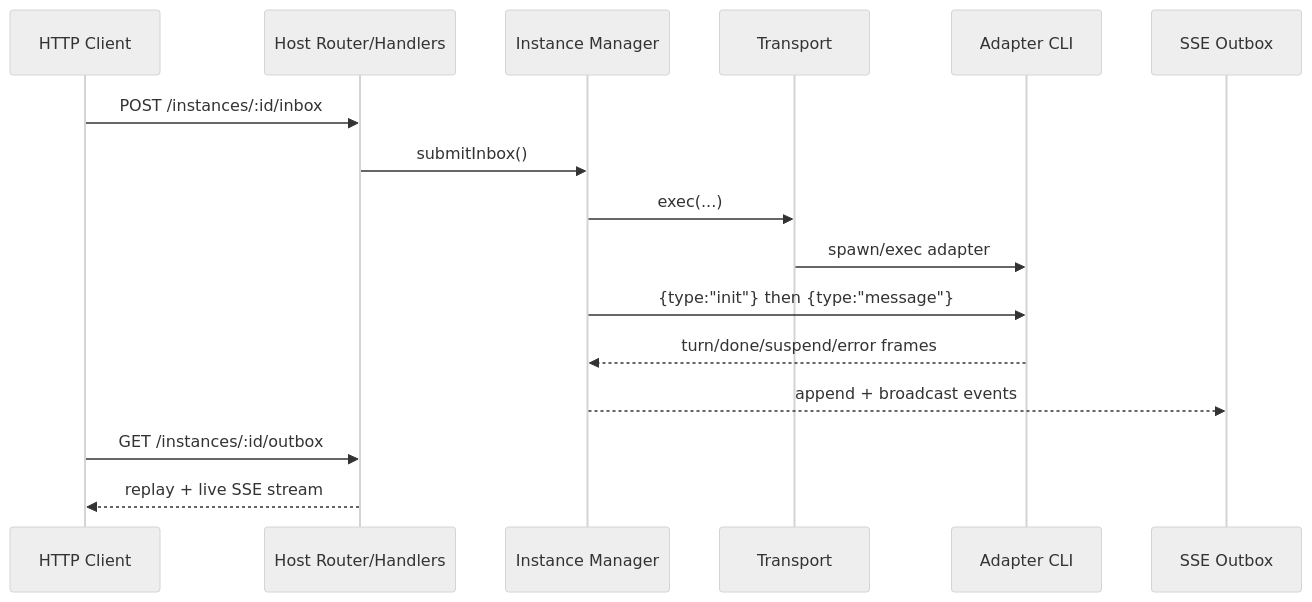
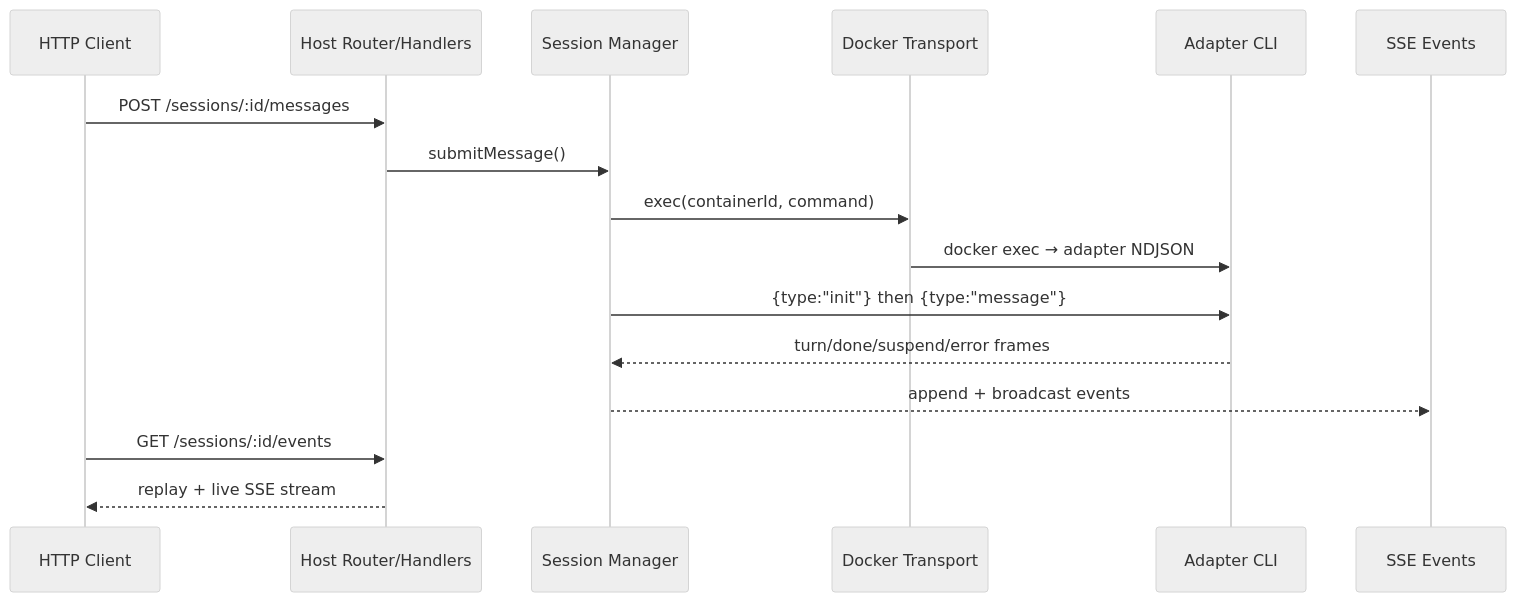
One commit to shazhou-ww/sumeru changed the third of 3 diagrams in cards/architecture-overview.md. Above: the diagram before and after it, drawn with Mermaid (neutral theme). The commit also changed other lines of this file and 16 other files, not shown here.

First line of the commit message:
docs(cards): update all architecture cards for V3 data model

````diff
--- a/cards/architecture-overview.md
+++ b/cards/architecture-overview.md
@@ -53,19 +70,19 @@
 ```mermaid
 sequenceDiagram
   participant Client as HTTP Client
   participant Host as Host Router/Handlers
-  participant IM as Instance Manager
-  participant T as Transport
+  participant SM as Session Manager
+  participant T as Docker Transport
   participant A as Adapter CLI
-  participant SSE as SSE Outbox
+  participant SSE as SSE Events
 
-  Client->>Host: POST /instances/:id/inbox
-  Host->>IM: submitInbox()
-  IM->>T: exec(...)
-  T->>A: spawn/exec adapter
-  IM->>A: {type:"init"} then {type:"message"}
-  A-->>IM: turn/done/suspend/error frames
-  IM-->>SSE: append + broadcast events
-  Client->>Host: GET /instances/:id/outbox
+  Client->>Host: POST /sessions/:id/messages
+  Host->>SM: submitMessage()
+  SM->>T: exec(containerId, command)
+  T->>A: docker exec → adapter NDJSON
+  SM->>A: {type:"init"} then {type:"message"}
+  A-->>SM: turn/done/suspend/error frames
+  SM-->>SSE: append + broadcast events
+  Client->>Host: GET /sessions/:id/events
   Host-->>Client: replay + live SSE stream
 ```
````
